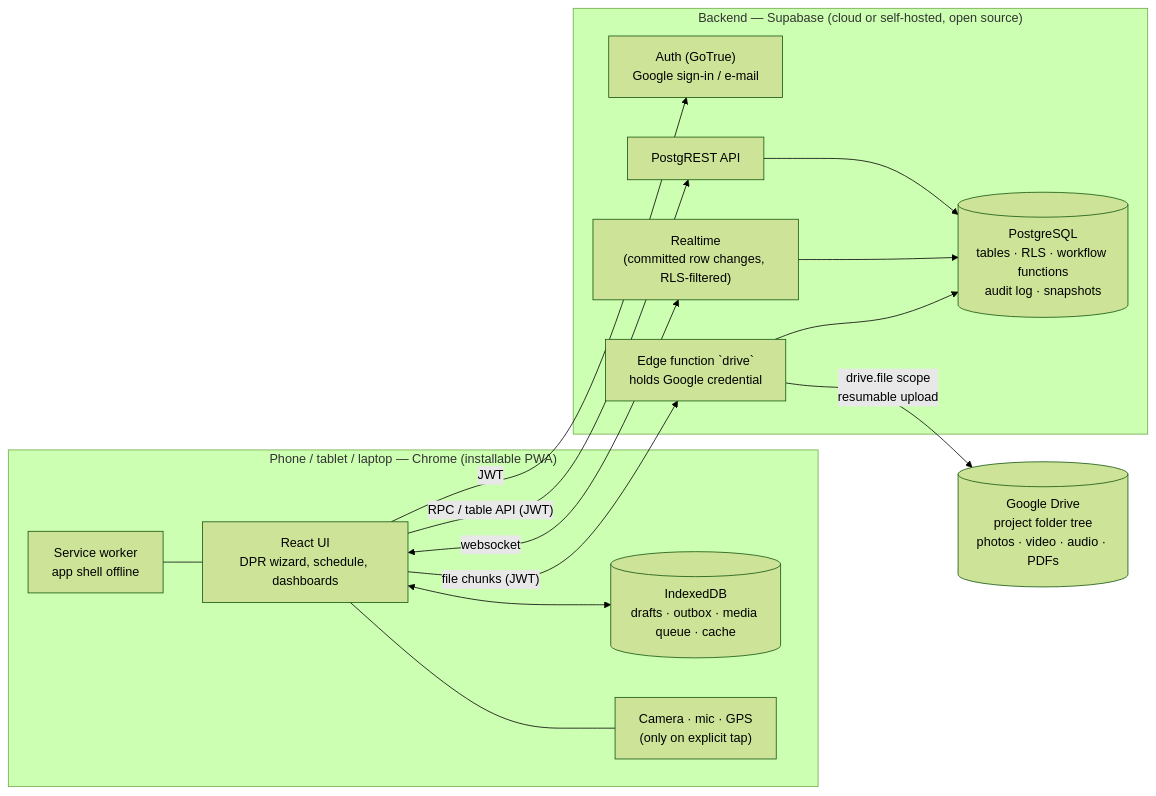
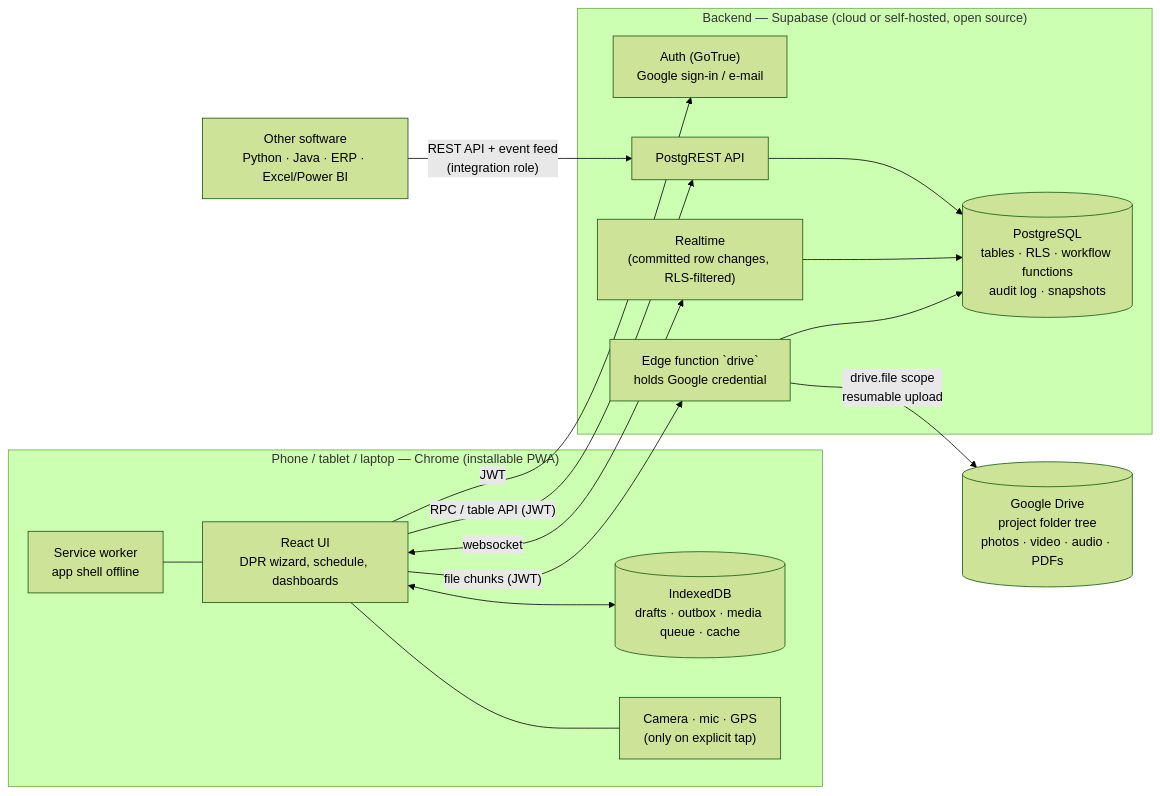
The first of 2 diagrams in docs/ARCHITECTURE.md (garthag/parthag), drawn with Mermaid (forest theme) before and after one commit. The commit also changed other lines of this file and 33 other files, not shown here.

First line of the commit message:
Integration layer: API role, event feed, Python and Java clients

````diff
--- a/docs/ARCHITECTURE.md
+++ b/docs/ARCHITECTURE.md
@@ -5,31 +5,33 @@
 ```mermaid
 flowchart LR
   subgraph Device["Phone / tablet / laptop — Chrome (installable PWA)"]
     UI["React UI<br/>DPR wizard, schedule, dashboards"]
     IDB[("IndexedDB<br/>drafts · outbox · media queue · cache")]
     SW["Service worker<br/>app shell offline"]
     HW["Camera · mic · GPS<br/>(only on explicit tap)"]
     UI <--> IDB
     UI --- HW
     SW --- UI
   end
 
   subgraph Supabase["Backend — Supabase (cloud or self-hosted, open source)"]
     AUTH["Auth (GoTrue)<br/>Google sign-in / e-mail"]
     REST["PostgREST API"]
     RT["Realtime<br/>(committed row changes, RLS-filtered)"]
     FN["Edge function `drive`<br/>holds Google credential"]
     PG[("PostgreSQL<br/>tables · RLS · workflow functions<br/>audit log · snapshots")]
     REST --> PG
     RT --> PG
     FN --> PG
   end
 
+  EXT["Other software<br/>Python · Java · ERP · Excel/Power BI"]
+  EXT -- "REST API + event feed<br/>(integration role)" --> REST
   GD[("Google Drive<br/>project folder tree<br/>photos · video · audio · PDFs")]
 
   UI -- "JWT" --> AUTH
   UI -- "RPC / table API (JWT)" --> REST
   UI <-- "websocket" --> RT
   UI -- "file chunks (JWT)" --> FN
   FN -- "drive.file scope<br/>resumable upload" --> GD
 ```
````
